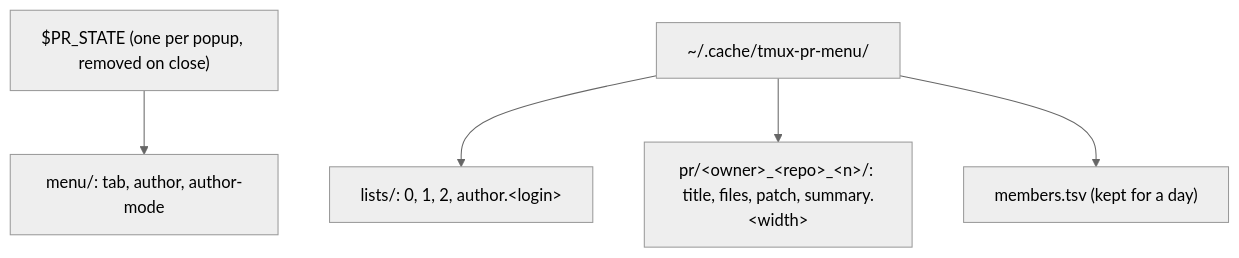
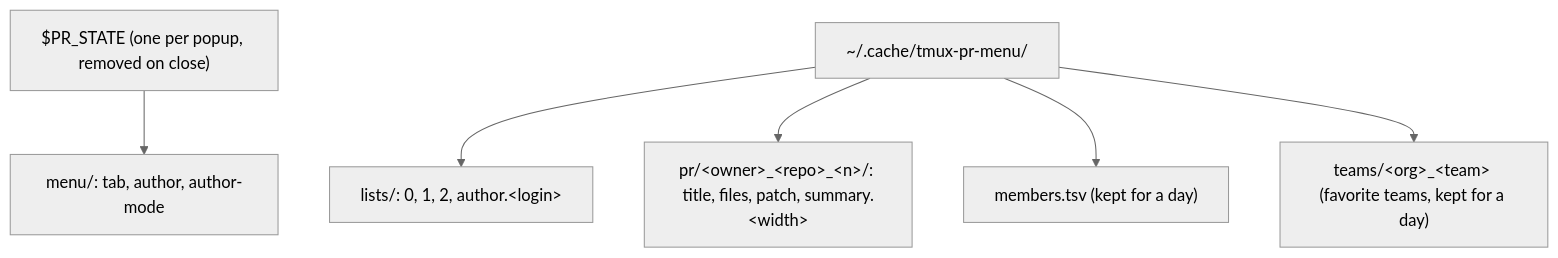
Before and after one commit to klaygomes/dotfiles: the fourth of 5 diagrams in docs/tmux-pr-menu.md, drawn with Mermaid (neutral theme). The commit also changed other lines of this file and 5 other files, not shown here.

First line of the commit message:
feat(tmux): pin favorite authors and teams in the PR menu picker

````diff
--- a/docs/tmux-pr-menu.md
+++ b/docs/tmux-pr-menu.md
@@ -121,7 +131,8 @@
 ```mermaid
 flowchart TD
   S["$PR_STATE (one per popup, removed on close)"] --> MN["menu/: tab, author, author-mode"]
   C["~/.cache/tmux-pr-menu/"] --> L["lists/: 0, 1, 2, author.&lt;login&gt;"]
   C --> PR["pr/&lt;owner&gt;_&lt;repo&gt;_&lt;n&gt;/: title, files, patch, summary.&lt;width&gt;"]
   C --> M["members.tsv (kept for a day)"]
+  C --> T["teams/&lt;org&gt;_&lt;team&gt; (favorite teams, kept for a day)"]
 ```
````
